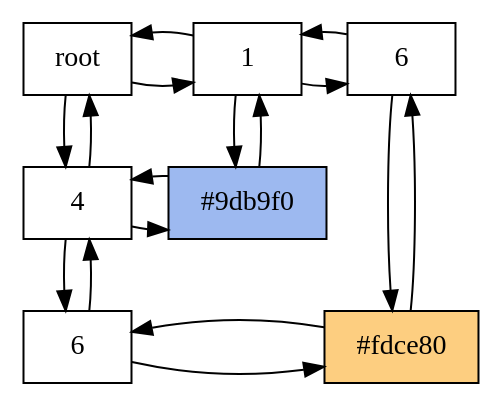
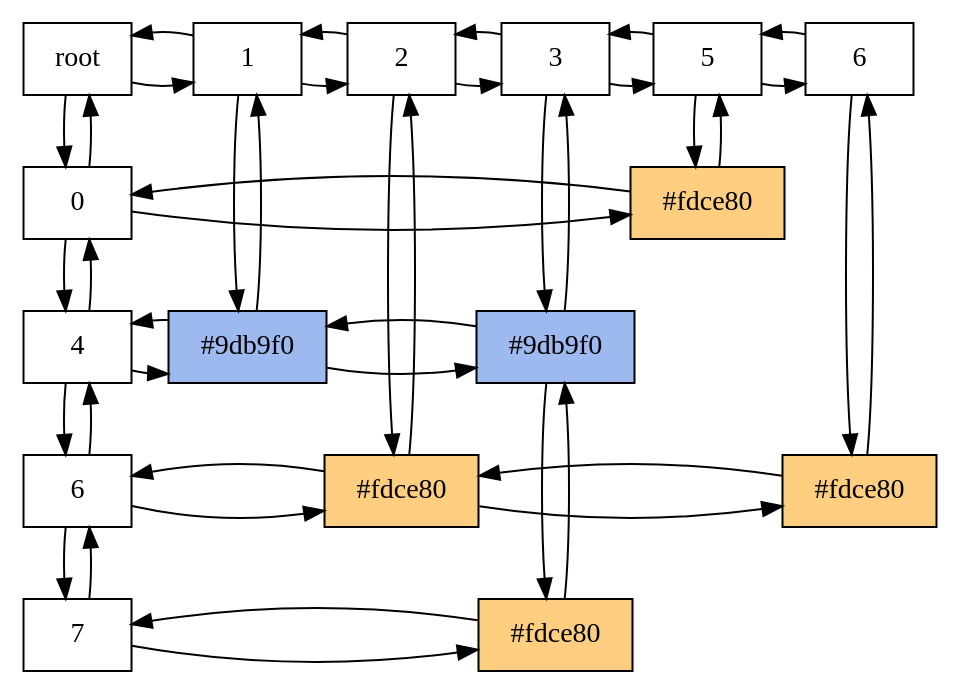
Before and after one commit to helenrodas/FasesProyectoEDD1S_202200066: the diagram in Fase2/matrix.dot, drawn with Graphviz. The commit also changed 14 other files, not shown here.

```diff
--- a/Fase2/matrix.dot
+++ b/Fase2/matrix.dot
@@ -1,29 +1,66 @@
  digraph Matrix {
  node[shape = "box"]
  "Nodo0_0"[label = "root", group="0"]                                                                                                                  
  "Nodo0_0"->"Nodo2_0"
  "Nodo0_0"->"Nodo2_0"[dir = back]
- "Nodo0_0"->"Nodo0_5"
- "Nodo0_0"->"Nodo0_5"[dir = back]
+ "Nodo0_0"->"Nodo0_1"
+ "Nodo0_0"->"Nodo0_1"[dir = back]
  "Nodo2_0"[label = "1", group="2"]                                                                                                                     
- "Nodo2_0"->"Nodo7_0"
- "Nodo2_0"->"Nodo7_0"[dir = back]
+ "Nodo2_0"->"Nodo3_0"
+ "Nodo2_0"->"Nodo3_0"[dir = back]
  "Nodo2_0"->"Nodo2_5"
  "Nodo2_0"->"Nodo2_5"[dir = back]
+ "Nodo3_0"[label = "2", group="3"]                                                                                                                     
+ "Nodo3_0"->"Nodo4_0"
+ "Nodo3_0"->"Nodo4_0"[dir = back]
+ "Nodo3_0"->"Nodo3_7"
+ "Nodo3_0"->"Nodo3_7"[dir = back]
+ "Nodo4_0"[label = "3", group="4"]                                                                                                                     
+ "Nodo4_0"->"Nodo6_0"
+ "Nodo4_0"->"Nodo6_0"[dir = back]
+ "Nodo4_0"->"Nodo4_5"
+ "Nodo4_0"->"Nodo4_5"[dir = back]
+ "Nodo6_0"[label = "5", group="6"]                                                                                                                     
+ "Nodo6_0"->"Nodo7_0"
+ "Nodo6_0"->"Nodo7_0"[dir = back]
+ "Nodo6_0"->"Nodo6_1"
+ "Nodo6_0"->"Nodo6_1"[dir = back]
  "Nodo7_0"[label = "6", group="7"]                                                                                                                     
  "Nodo7_0"->"Nodo7_7"
  "Nodo7_0"->"Nodo7_7"[dir = back]
- {rank=same;"Nodo0_0";"Nodo2_0";"Nodo7_0"}
+ {rank=same;"Nodo0_0";"Nodo2_0";"Nodo3_0";"Nodo4_0";"Nodo6_0";"Nodo7_0"}
+ "Nodo0_1"[label = "0", group="0"]                                                                                                                     
+ "Nodo0_1"->"Nodo6_1"
+ "Nodo0_1"->"Nodo6_1"[dir = back]
+ "Nodo0_1"->"Nodo0_5"
+ "Nodo0_1"->"Nodo0_5"[dir = back]
+ "Nodo6_1"[label = "#fdce80",  style = filled, fillcolor = "#fdce80" group="6"]                                                                        
+ {rank=same;"Nodo0_1";"Nodo6_1"}
  "Nodo0_5"[label = "4", group="0"]                                                                                                                     
  "Nodo0_5"->"Nodo2_5"
  "Nodo0_5"->"Nodo2_5"[dir = back]
  "Nodo0_5"->"Nodo0_7"
  "Nodo0_5"->"Nodo0_7"[dir = back]
  "Nodo2_5"[label = "#9db9f0",  style = filled, fillcolor = "#9db9f0" group="2"]                                                                        
- {rank=same;"Nodo0_5";"Nodo2_5"}
+ "Nodo2_5"->"Nodo4_5"
+ "Nodo2_5"->"Nodo4_5"[dir = back]
+ "Nodo4_5"[label = "#9db9f0",  style = filled, fillcolor = "#9db9f0" group="4"]                                                                        
+ "Nodo4_5"->"Nodo4_8"
+ "Nodo4_5"->"Nodo4_8"[dir = back]
+ {rank=same;"Nodo0_5";"Nodo2_5";"Nodo4_5"}
  "Nodo0_7"[label = "6", group="0"]                                                                                                                     
- "Nodo0_7"->"Nodo7_7"
- "Nodo0_7"->"Nodo7_7"[dir = back]
+ "Nodo0_7"->"Nodo3_7"
+ "Nodo0_7"->"Nodo3_7"[dir = back]
+ "Nodo0_7"->"Nodo0_8"
+ "Nodo0_7"->"Nodo0_8"[dir = back]
+ "Nodo3_7"[label = "#fdce80",  style = filled, fillcolor = "#fdce80" group="3"]                                                                        
+ "Nodo3_7"->"Nodo7_7"
+ "Nodo3_7"->"Nodo7_7"[dir = back]
  "Nodo7_7"[label = "#fdce80",  style = filled, fillcolor = "#fdce80" group="7"]                                                                        
- {rank=same;"Nodo0_7";"Nodo7_7"}
+ {rank=same;"Nodo0_7";"Nodo3_7";"Nodo7_7"}
+ "Nodo0_8"[label = "7", group="0"]                                                                                                                     
+ "Nodo0_8"->"Nodo4_8"
+ "Nodo0_8"->"Nodo4_8"[dir = back]
+ "Nodo4_8"[label = "#fdce80",  style = filled, fillcolor = "#fdce80" group="4"]                                                                        
+ {rank=same;"Nodo0_8";"Nodo4_8"}
  }
```
